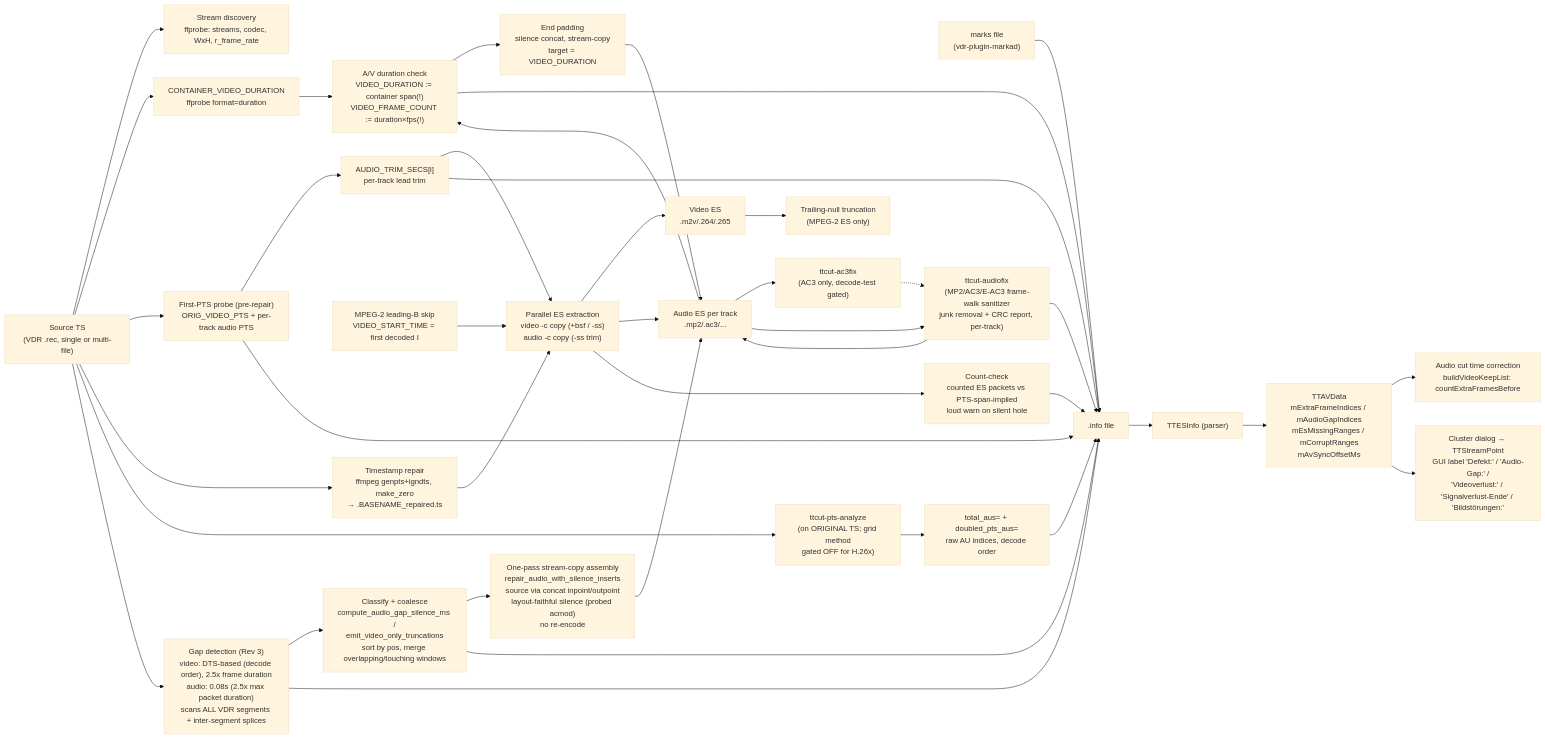
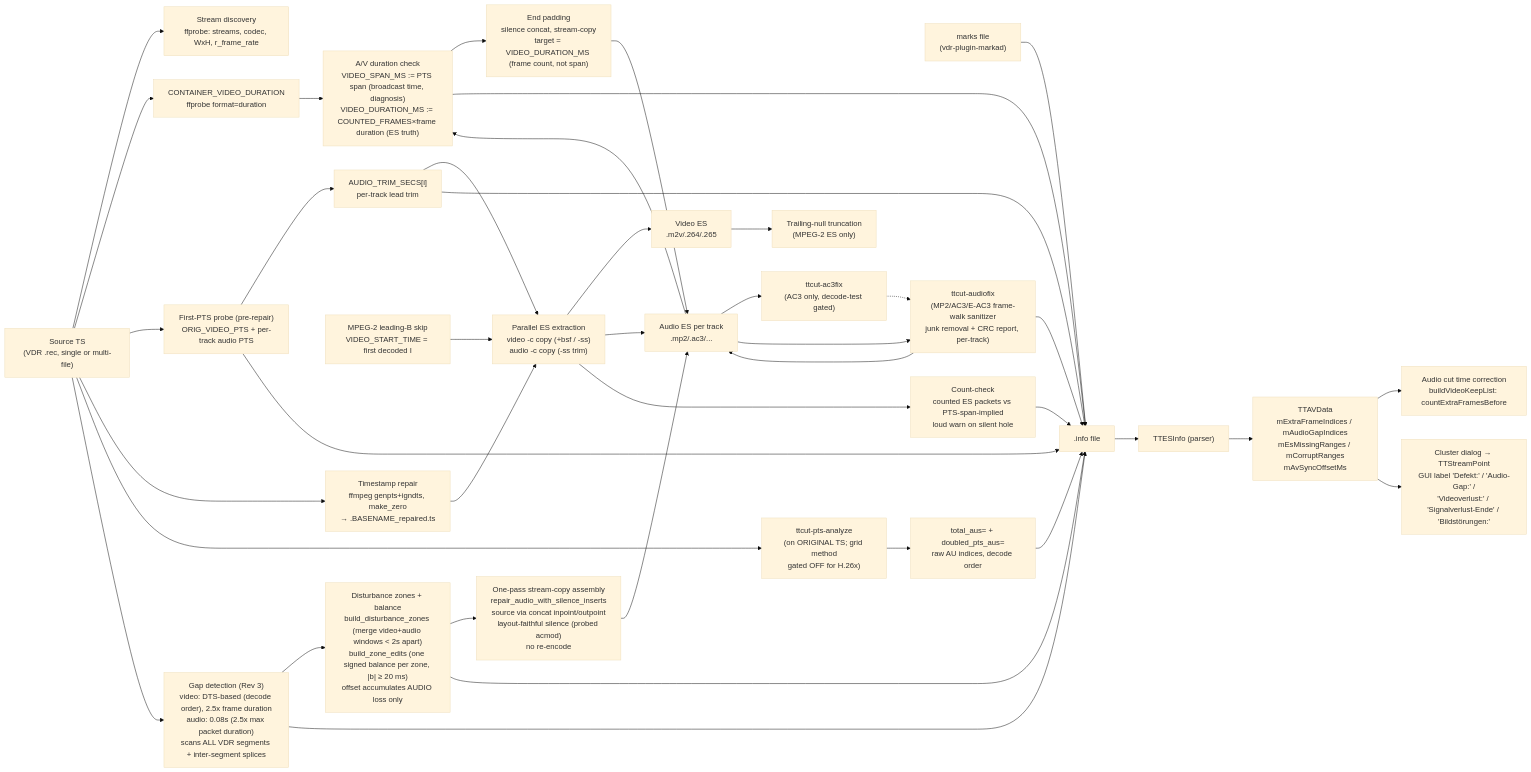
One commit to MINIXJR/TTCut-ng changed the diagram in docs/code-map/ttcut-demux.md. Above: the diagram before and after it, drawn with Mermaid (base theme). The commit also changed other lines of this file and 2 other files, not shown here.

First line of the commit message:
Report material loss and refresh the demux documentation

````diff
--- a/docs/code-map/ttcut-demux.md
+++ b/docs/code-map/ttcut-demux.md
@@ -29,70 +29,70 @@
 ```mermaid
 flowchart LR
     TS["Source TS<br/>(VDR .rec, single or multi-file)"]
     MARKS["marks file<br/>(vdr-plugin-markad)"]
     PROBE["Stream discovery<br/>ffprobe: streams, codec, WxH, r_frame_rate"]
     CONTDUR["CONTAINER_VIDEO_DURATION<br/>ffprobe format=duration"]
     PTS0["First-PTS probe (pre-repair)<br/>ORIG_VIDEO_PTS + per-track audio PTS"]
     TRIM["AUDIO_TRIM_SECS[i]<br/>per-track lead trim"]
     REPAIR["Timestamp repair<br/>ffmpeg genpts+igndts, make_zero<br/>→ .BASENAME_repaired.ts"]
     EXTRACT["Parallel ES extraction<br/>video -c copy (+bsf / -ss)<br/>audio -c copy (-ss trim)"]
     MPEG2TRIM["MPEG-2 leading-B skip<br/>VIDEO_START_TIME = first decoded I"]
     NULLTRUNC["Trailing-null truncation<br/>(MPEG-2 ES only)"]
     ESV["Video ES<br/>.m2v/.264/.265"]
     ESA["Audio ES per track<br/>.mp2/.ac3/..."]
     PTSA["ttcut-pts-analyze<br/>(on ORIGINAL TS; grid method<br/>gated OFF for H.26x)"]
     EXTRA["total_aus= + doubled_pts_aus=<br/>raw AU indices, decode order"]
     AC3FIX["ttcut-ac3fix<br/>(AC3 only, decode-test gated)"]
     AUDIOFIX["ttcut-audiofix<br/>(MP2/AC3/E-AC3 frame-walk sanitizer<br/>junk removal + CRC report, per-track)"]
     GAPS["Gap detection (Rev 3)<br/>video: DTS-based (decode order), 2.5x frame duration<br/>audio: 0.08s (2.5x max packet duration)<br/>scans ALL VDR segments + inter-segment splices"]
-    CLASSIFY["Classify + coalesce<br/>compute_audio_gap_silence_ms /<br/>emit_video_only_truncations<br/>sort by pos, merge overlapping/touching windows"]
+    CLASSIFY["Disturbance zones + balance<br/>build_disturbance_zones (merge video+audio windows &lt; 2s apart)<br/>build_zone_edits (one signed balance per zone, |b| &ge; 20 ms)<br/>offset accumulates AUDIO loss only"]
     ASSEMBLY["One-pass stream-copy assembly<br/>repair_audio_with_silence_inserts<br/>source via concat inpoint/outpoint<br/>layout-faithful silence (probed acmod)<br/>no re-encode"]
     COUNTCHECK["Count-check<br/>counted ES packets vs PTS-span-implied<br/>loud warn on silent hole"]
-    DURCHK["A/V duration check<br/>VIDEO_DURATION := container span(!)<br/>VIDEO_FRAME_COUNT := duration×fps(!)"]
-    PAD["End padding<br/>silence concat, stream-copy<br/>target = VIDEO_DURATION"]
+    DURCHK["A/V duration check<br/>VIDEO_SPAN_MS := PTS span (broadcast time, diagnosis)<br/>VIDEO_DURATION_MS := COUNTED_FRAMES×frame duration (ES truth)"]
+    PAD["End padding<br/>silence concat, stream-copy<br/>target = VIDEO_DURATION_MS (frame count, not span)"]
     INFO[".info file"]
     ESINFO["TTESInfo (parser)"]
     AVDATA["TTAVData<br/>mExtraFrameIndices / mAudioGapIndices<br/>mEsMissingRanges / mCorruptRanges<br/>mAvSyncOffsetMs"]
     AUDIOCORR["Audio cut time correction<br/>buildVideoKeepList: countExtraFramesBefore"]
     STREAMPTS["Cluster dialog → TTStreamPoint<br/>GUI label 'Defekt:' / 'Audio-Gap:' /<br/>'Videoverlust:' / 'Signalverlust-Ende' / 'Bildstörungen:'"]
 
     TS --> PROBE
     TS --> CONTDUR
     TS --> PTS0
     PTS0 --> TRIM
     TS --> REPAIR
     REPAIR --> EXTRACT
     MPEG2TRIM --> EXTRACT
     TRIM --> EXTRACT
     EXTRACT --> ESV
     EXTRACT --> ESA
     ESV --> NULLTRUNC
     EXTRACT --> COUNTCHECK
     TS --> PTSA
     PTSA --> EXTRA
     ESA --> AC3FIX
     ESA --> AUDIOFIX
     AC3FIX -.-> AUDIOFIX
     AUDIOFIX --> ESA
     AUDIOFIX --> INFO
     TS --> GAPS
     GAPS --> CLASSIFY
     CLASSIFY --> ASSEMBLY
     ASSEMBLY --> ESA
     CONTDUR --> DURCHK
     ESA --> DURCHK
     DURCHK --> PAD
     PAD --> ESA
     EXTRA --> INFO
     GAPS --> INFO
     CLASSIFY --> INFO
     COUNTCHECK --> INFO
     TRIM --> INFO
     PTS0 --> INFO
     DURCHK --> INFO
     MARKS --> INFO
     INFO --> ESINFO
     ESINFO --> AVDATA
     AVDATA --> AUDIOCORR
     AVDATA --> STREAMPTS
 ```
````
